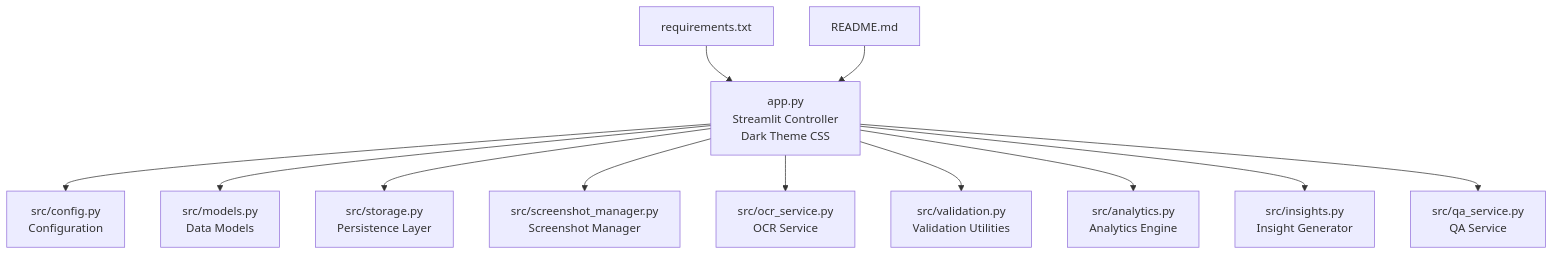
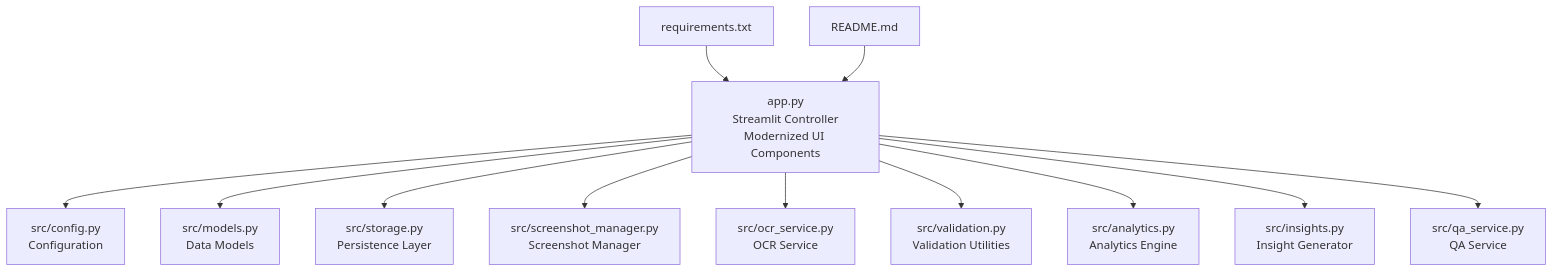
One commit to Johnny22056/SwimingStatus changed the first of 14 diagrams in .qoder/repowiki/en/content/Core Components/Application Controller.md. Above: the diagram before and after it, drawn with Mermaid. The commit also changed other lines of this file and 5 other files, not shown here.

First line of the commit message:
feat: add Dark/Light theme toggle with centralized palette

````diff
--- a/.qoder/repowiki/en/content/Core Components/Application Controller.md
+++ b/.qoder/repowiki/en/content/Core Components/Application Controller.md
@@ -62,14 +65,14 @@
 ```mermaid
 graph TB
-A["app.py<br/>Streamlit Controller<br/>Dark Theme CSS"] --> B["src/config.py<br/>Configuration"]
+A["app.py<br/>Streamlit Controller<br/>Modernized UI Components"] --> B["src/config.py<br/>Configuration"]
 A --> C["src/models.py<br/>Data Models"]
 A --> D["src/storage.py<br/>Persistence Layer"]
 A --> E["src/screenshot_manager.py<br/>Screenshot Manager"]
 A --> F["src/ocr_service.py<br/>OCR Service"]
 A --> G["src/validation.py<br/>Validation Utilities"]
 A --> H["src/analytics.py<br/>Analytics Engine"]
 A --> I["src/insights.py<br/>Insight Generator"]
 A --> J["src/qa_service.py<br/>QA Service"]
 K["requirements.txt"] --> A
 L["README.md"] --> A
 ```
````
